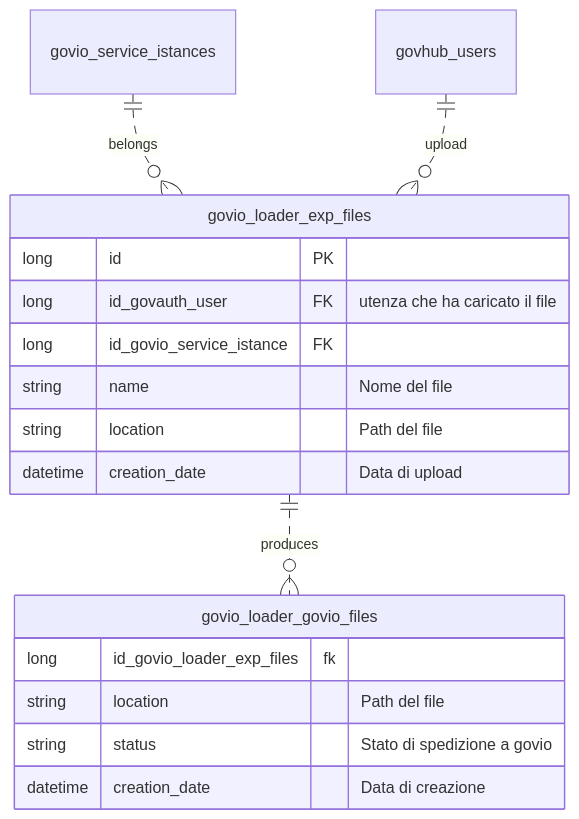
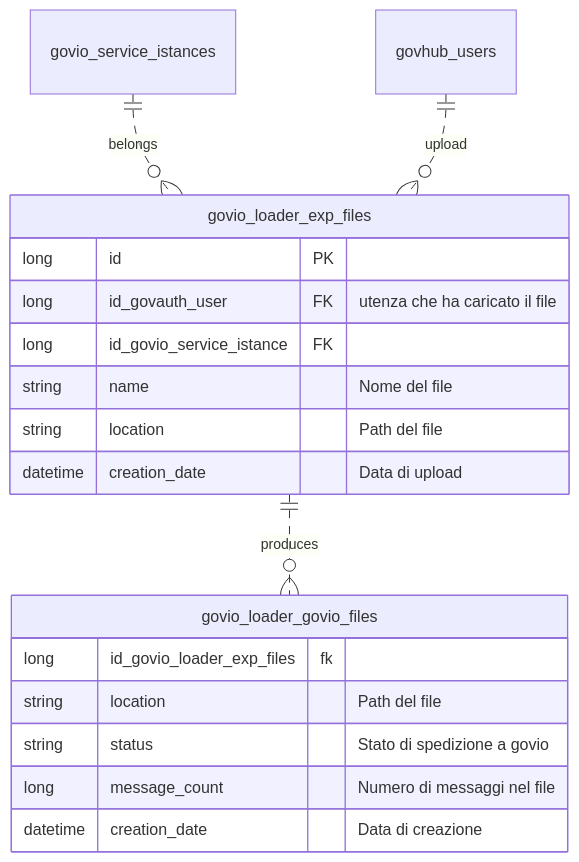
Before and after one commit to link-it/govio-planner: the diagram in README.md, drawn with Mermaid.

````diff
--- a/README.md
+++ b/README.md
@@ -34,23 +34,24 @@
 ```mermaid
 erDiagram
     govio_service_istances ||..o{ govio_loader_exp_files : belongs
     govhub_users ||..o{ govio_loader_exp_files : upload  
     govio_loader_exp_files ||..o{ govio_loader_govio_files : produces
 
     govio_loader_exp_files {
         long id PK
         long id_govauth_user FK "utenza che ha caricato il file" 
         long id_govio_service_istance FK
         string name "Nome del file"
         string location "Path del file"
         datetime creation_date "Data di upload"
     }
 
     govio_loader_govio_files {
         long id_govio_loader_exp_files fk
         string location "Path del file" 
         string status "Stato di spedizione a govio"
+        long message_count "Numero di messaggi nel file"
         datetime creation_date "Data di creazione"
     }
 
 ```
````
